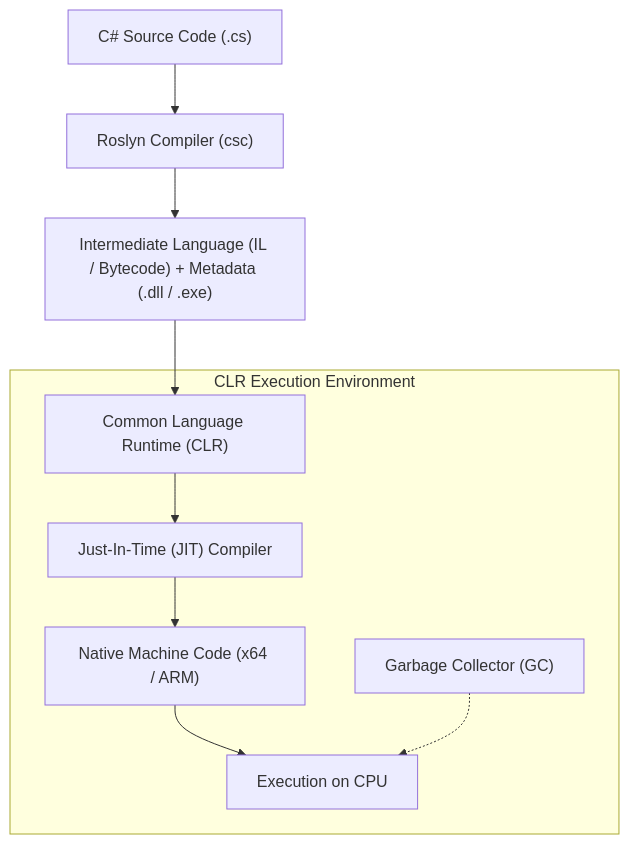
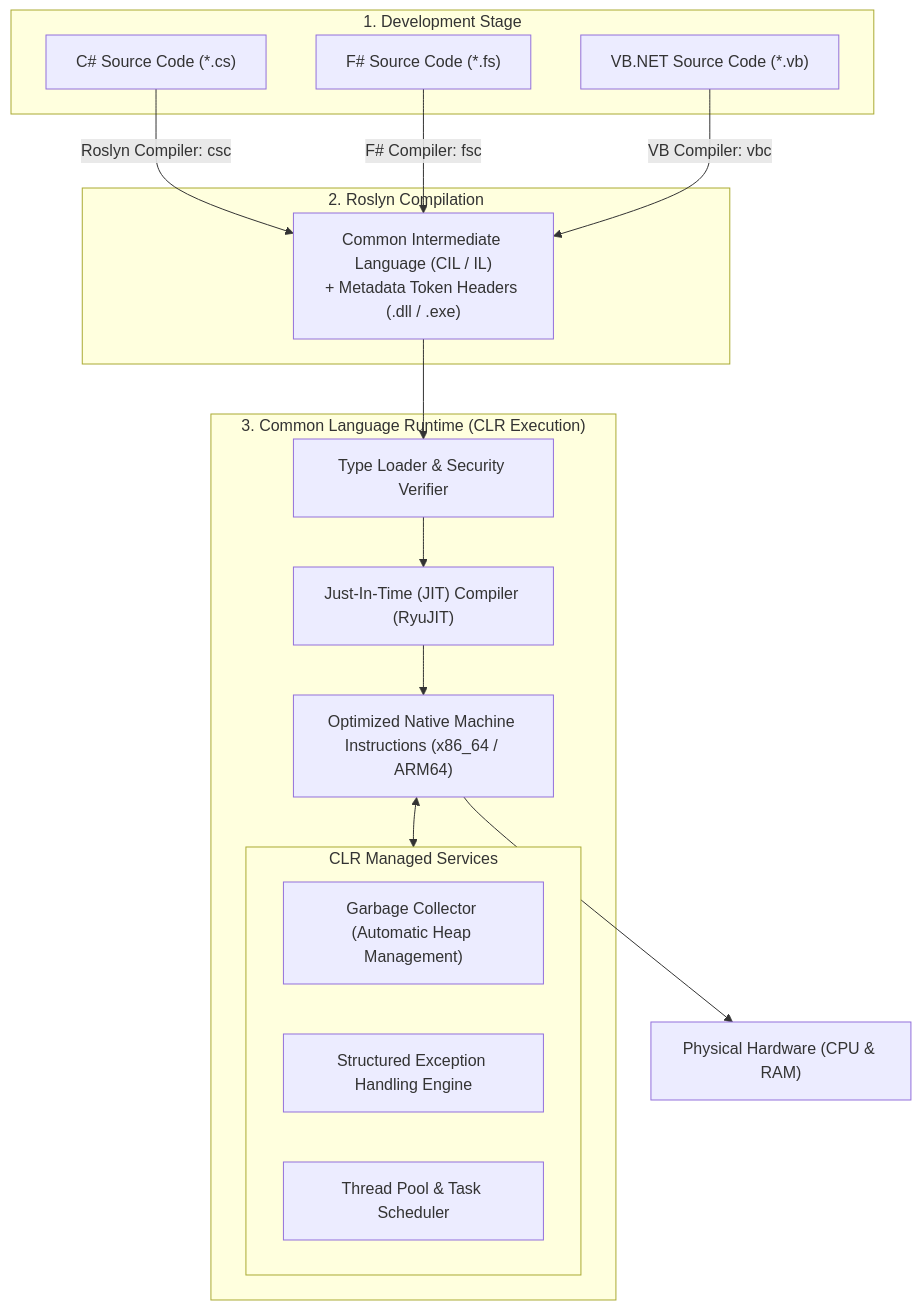
One commit to Singhkunall/Csharp-learning changed the diagram in Main/Topics/01_IntroductionToDotNet/README.md. Above: the diagram before and after it, drawn with Mermaid. The commit also changed other lines of this file and 19 other files, not shown here.

Commit message:
Enhance: In-depth story-driven theory, architecture diagrams, and comprehensive code for Phases 1 & 2 (Topics 01-10)

````diff
--- a/Main/Topics/01_IntroductionToDotNet/README.md
+++ b/Main/Topics/01_IntroductionToDotNet/README.md
@@ -31,12 +39,30 @@
 ```mermaid
 flowchart TD
-    A["C# Source Code (.cs)"] --> B["Roslyn Compiler (csc)"]
-    B --> C["Intermediate Language (IL / Bytecode) + Metadata (.dll / .exe)"]
-    C --> D["Common Language Runtime (CLR)"]
-    subgraph CLR_Environment["CLR Execution Environment"]
-        D --> E["Just-In-Time (JIT) Compiler"]
-        E --> F["Native Machine Code (x64 / ARM)"]
-        F --> G["Execution on CPU"]
-        H["Garbage Collector (GC)"] -.-> G
+    subgraph Code_Creation["1. Development Stage"]
+        CS["C# Source Code (*.cs)"]
+        FS["F# Source Code (*.fs)"]
+        VB["VB.NET Source Code (*.vb)"]
     end
+
+    subgraph Compilation["2. Roslyn Compilation"]
+        CS -->|Roslyn Compiler: csc| IL["Common Intermediate Language (CIL / IL)<br/>+ Metadata Token Headers (.dll / .exe)"]
+        FS -->|F# Compiler: fsc| IL
+        VB -->|VB Compiler: vbc| IL
+    end
+
+    subgraph CLR_Engine["3. Common Language Runtime (CLR Execution)"]
+        IL --> ClassLoader["Type Loader & Security Verifier"]
+        ClassLoader --> JIT["Just-In-Time (JIT) Compiler (RyuJIT)"]
+        
+        subgraph Runtime_Services["CLR Managed Services"]
+            GC["Garbage Collector (Automatic Heap Management)"]
+            EH["Structured Exception Handling Engine"]
+            TM["Thread Pool & Task Scheduler"]
+        end
+        
+        JIT --> NativeCode["Optimized Native Machine Instructions (x86_64 / ARM64)"]
+        NativeCode <--> Runtime_Services
+    end
+
+    NativeCode --> CPU["Physical Hardware (CPU & RAM)"]
 ```
````
